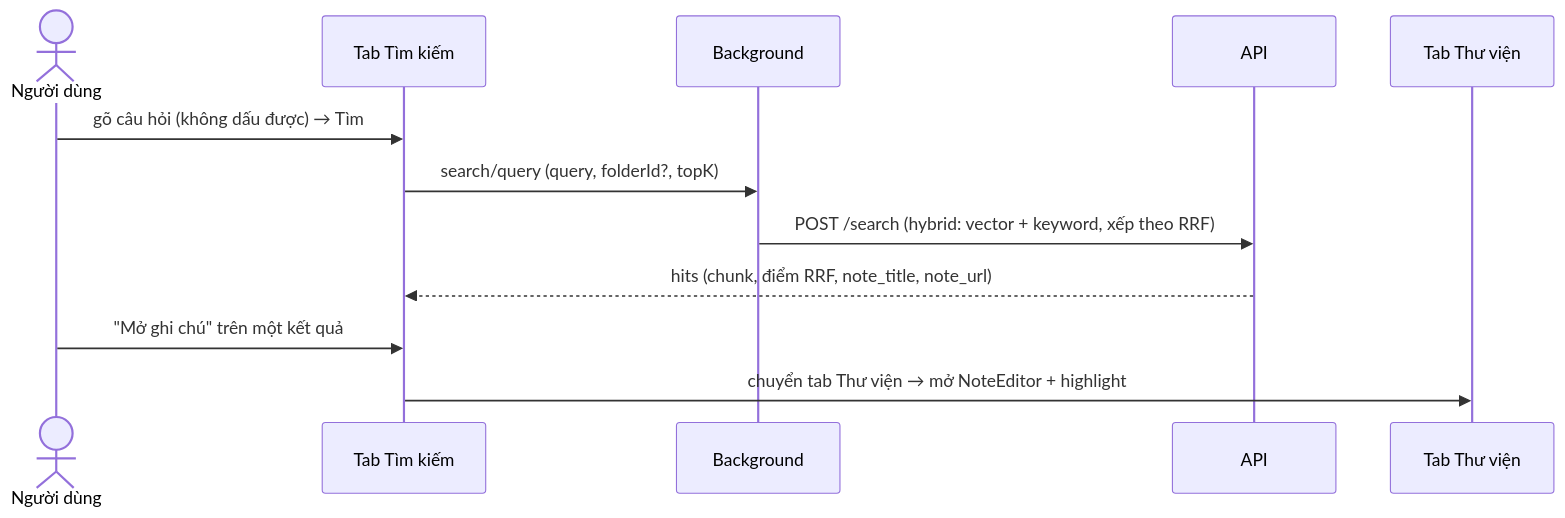
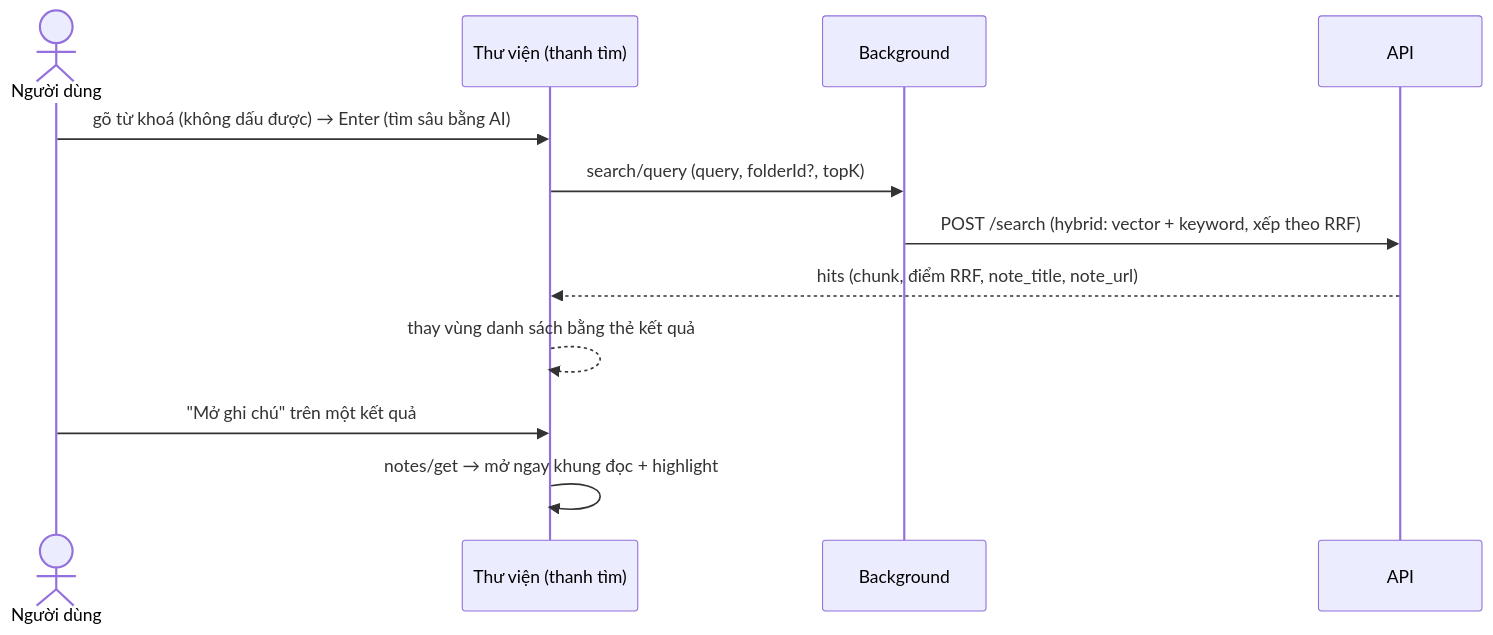
The ninth of 9 diagrams in docs/ux/ui-map.md (watashiwalds/quick-assist-ext), drawn with Mermaid before and after one commit. The commit also changed other lines of this file and 13 other files, not shown here.

Commit message:
ui enhancement: merge "Search" tab to "Library" search bar, keep legacy as optional tab in Setting

````diff
--- a/docs/ux/ui-map.md
+++ b/docs/ux/ui-map.md
@@ -162,14 +168,14 @@
 ```mermaid
 sequenceDiagram
     actor U as Người dùng
-    participant S as Tab Tìm kiếm
+    participant L as Thư viện (thanh tìm)
     participant B as Background
     participant A as API
-    participant L as Tab Thư viện
-    U->>S: gõ câu hỏi (không dấu được) → Tìm
-    S->>B: search/query (query, folderId?, topK)
+    U->>L: gõ từ khoá (không dấu được) → Enter (tìm sâu bằng AI)
+    L->>B: search/query (query, folderId?, topK)
     B->>A: POST /search (hybrid: vector + keyword, xếp theo RRF)
-    A-->>S: hits (chunk, điểm RRF, note_title, note_url)
-    U->>S: "Mở ghi chú" trên một kết quả
-    S->>L: chuyển tab Thư viện → mở NoteEditor + highlight
+    A-->>L: hits (chunk, điểm RRF, note_title, note_url)
+    L-->>L: thay vùng danh sách bằng thẻ kết quả
+    U->>L: "Mở ghi chú" trên một kết quả
+    L->>L: notes/get → mở ngay khung đọc + highlight
 ```
````
